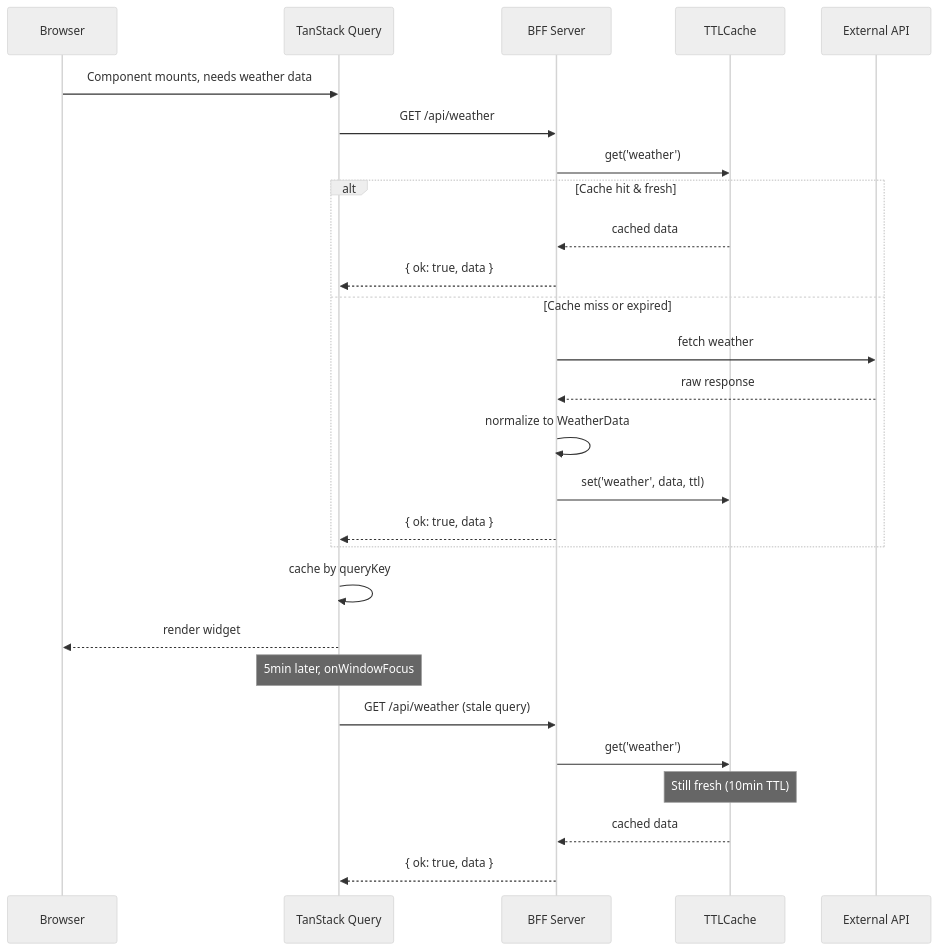
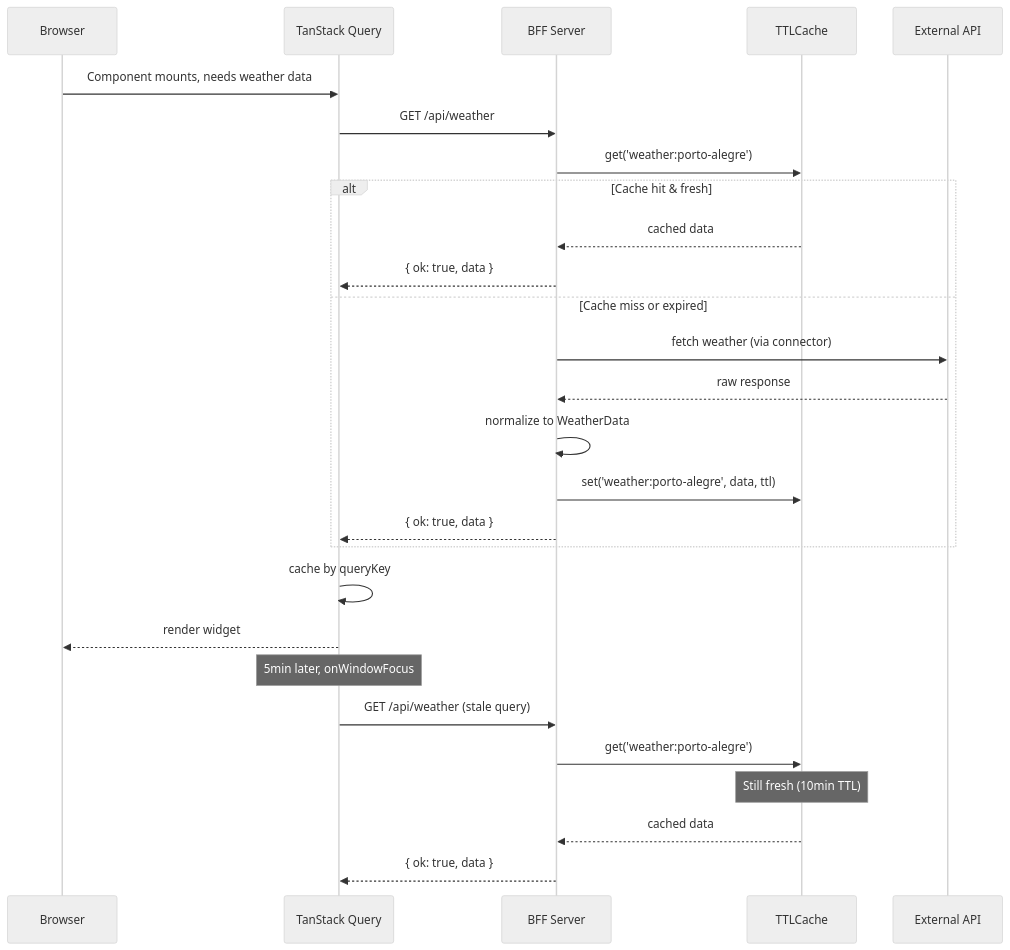
One commit to gabrielLoff/dashboard changed the second of 2 diagrams in docs/architecture/architecture.md. Above: the diagram before and after it, drawn with Mermaid (neutral theme). The commit also changed other lines of this file and 8 other files, not shown here.

````diff
--- a/docs/architecture/architecture.md
+++ b/docs/architecture/architecture.md
@@ -110,34 +144,34 @@
 ```mermaid
 sequenceDiagram
     participant Browser
     participant TanStackQuery as TanStack Query
     participant BFF as BFF Server
     participant TTLCache as TTLCache
     participant API as External API
 
     Browser->>TanStackQuery: Component mounts, needs weather data
     TanStackQuery->>BFF: GET /api/weather
-    
-    BFF->>TTLCache: get('weather')
-    
+
+    BFF->>TTLCache: get('weather:porto-alegre')
+
     alt Cache hit & fresh
         TTLCache-->>BFF: cached data
         BFF-->>TanStackQuery: { ok: true, data }
     else Cache miss or expired
-        BFF->>API: fetch weather
+        BFF->>API: fetch weather (via connector)
         API-->>BFF: raw response
         BFF->>BFF: normalize to WeatherData
-        BFF->>TTLCache: set('weather', data, ttl)
+        BFF->>TTLCache: set('weather:porto-alegre', data, ttl)
         BFF-->>TanStackQuery: { ok: true, data }
     end
-    
+
     TanStackQuery->>TanStackQuery: cache by queryKey
     TanStackQuery-->>Browser: render widget
-    
+
     Note over TanStackQuery: 5min later, onWindowFocus
     TanStackQuery->>BFF: GET /api/weather (stale query)
-    BFF->>TTLCache: get('weather')
+    BFF->>TTLCache: get('weather:porto-alegre')
     Note over TTLCache: Still fresh (10min TTL)
     TTLCache-->>BFF: cached data
     BFF-->>TanStackQuery: { ok: true, data }
 ```
````
